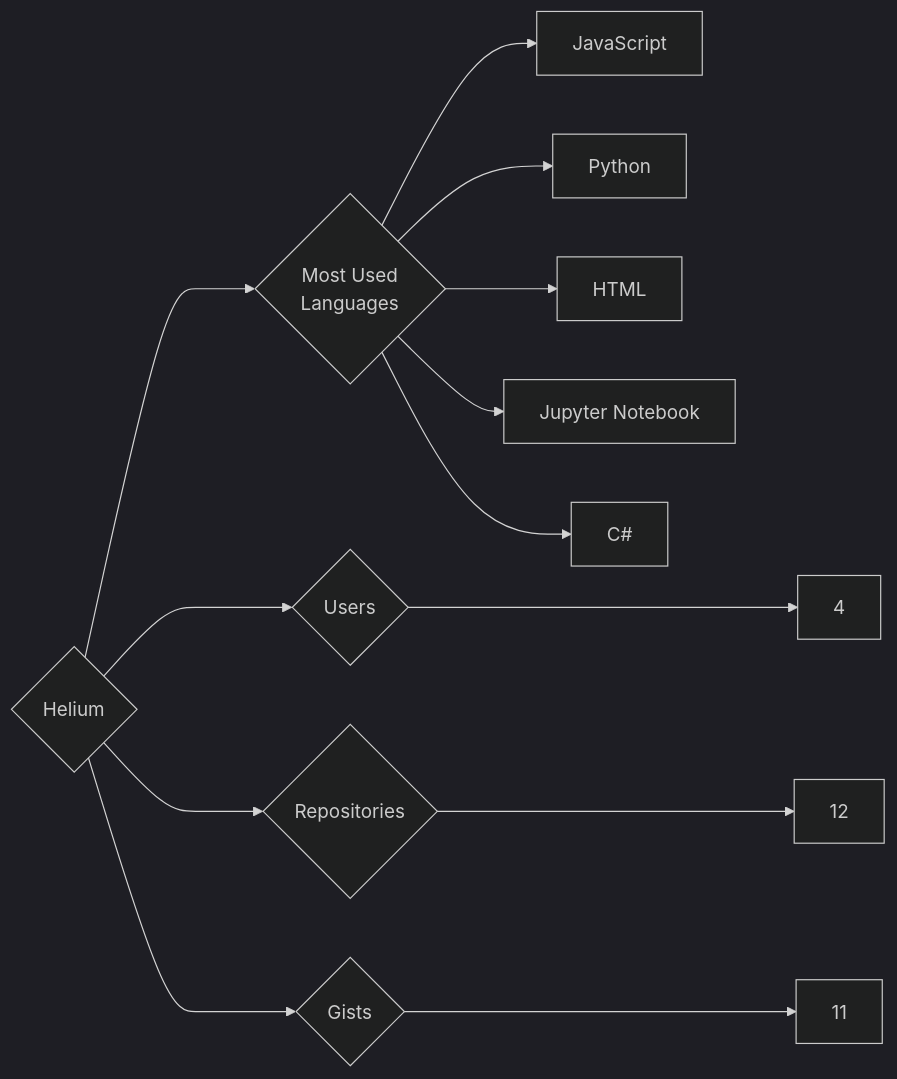
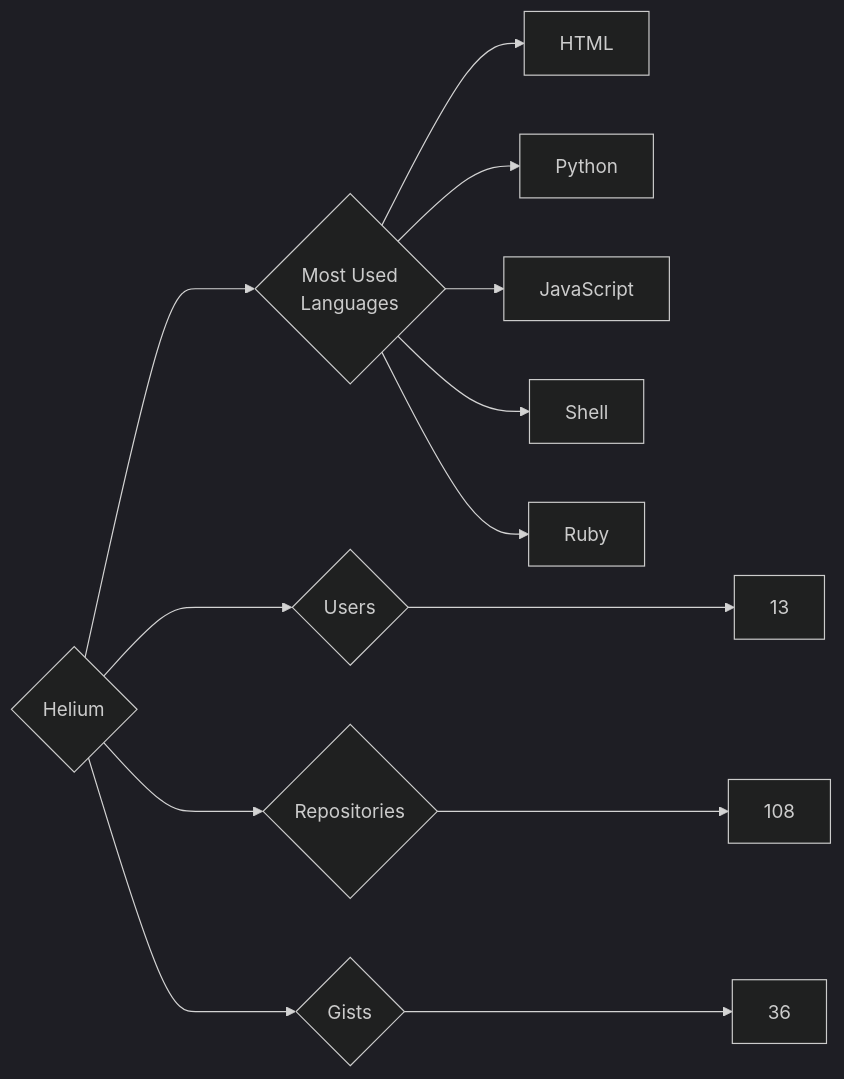
Before and after one commit to trickest/insiders: the diagram in targets/Helium/README.md, drawn with Mermaid (dark theme). The commit also changed 1175 other files, not shown here.

````diff
--- a/targets/Helium/README.md
+++ b/targets/Helium/README.md
@@ -3,13 +3,13 @@
 ```mermaid
 graph LR
 COMPANY_NAME{Helium}
-COMPANY_NAME ---> U{Users} ---> UN[4]
-COMPANY_NAME ---> R{Repositories} ---> RN[12]
-COMPANY_NAME ---> G{Gists} ---> GN[11]
+COMPANY_NAME ---> U{Users} ---> UN[13]
+COMPANY_NAME ---> R{Repositories} ---> RN[108]
+COMPANY_NAME ---> G{Gists} ---> GN[36]
 COMPANY_NAME ---> ML{Most Used<br>Languages}
+ML --> HTML[HTML]
+ML --> Python[Python]
 ML --> JavaScript[JavaScript]
-ML --> Python[Python]
-ML --> HTML[HTML]
-ML --> Jupyter_Notebook[Jupyter Notebook]
-ML --> C#[C#]
+ML --> Shell[Shell]
+ML --> Ruby[Ruby]
 ```
````
